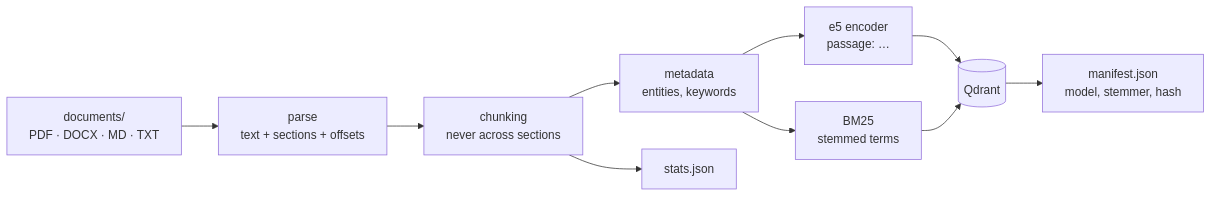
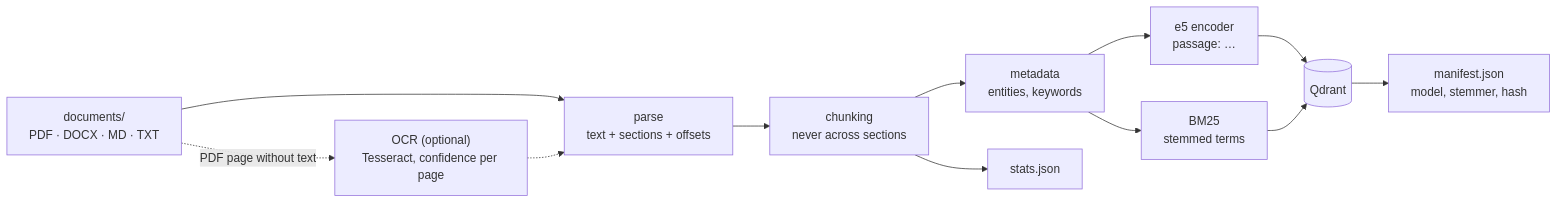
Before and after one commit to ClaudioH19/ipsis: the fourth of 6 diagrams in docs/architecture.md, drawn with Mermaid. The commit also changed other lines of this file and 2 other files, not shown here.

First line of the commit message:
Diagramas al día: comprensión de la pregunta, memoria de sesión y OCR

````diff
--- a/docs/architecture.md
+++ b/docs/architecture.md
@@ -227,12 +252,14 @@
 ```mermaid
 flowchart LR
     D["documents/<br/>PDF · DOCX · MD · TXT"] --> PA[parse<br/>text + sections + offsets]
+    D -.->|"PDF page without text"| OCR["OCR (optional)<br/>Tesseract, confidence per page"]
+    OCR -.-> PA
     PA --> CH[chunking<br/>never across sections]
     CH --> ME[metadata<br/>entities, keywords]
     ME --> EM[e5 encoder<br/>passage: …]
     ME --> BM[BM25<br/>stemmed terms]
     EM --> Q[(Qdrant)]
     BM --> Q
     CH --> ES[stats.json]
     Q --> MA[manifest.json<br/>model, stemmer, hash]
 ```
````
